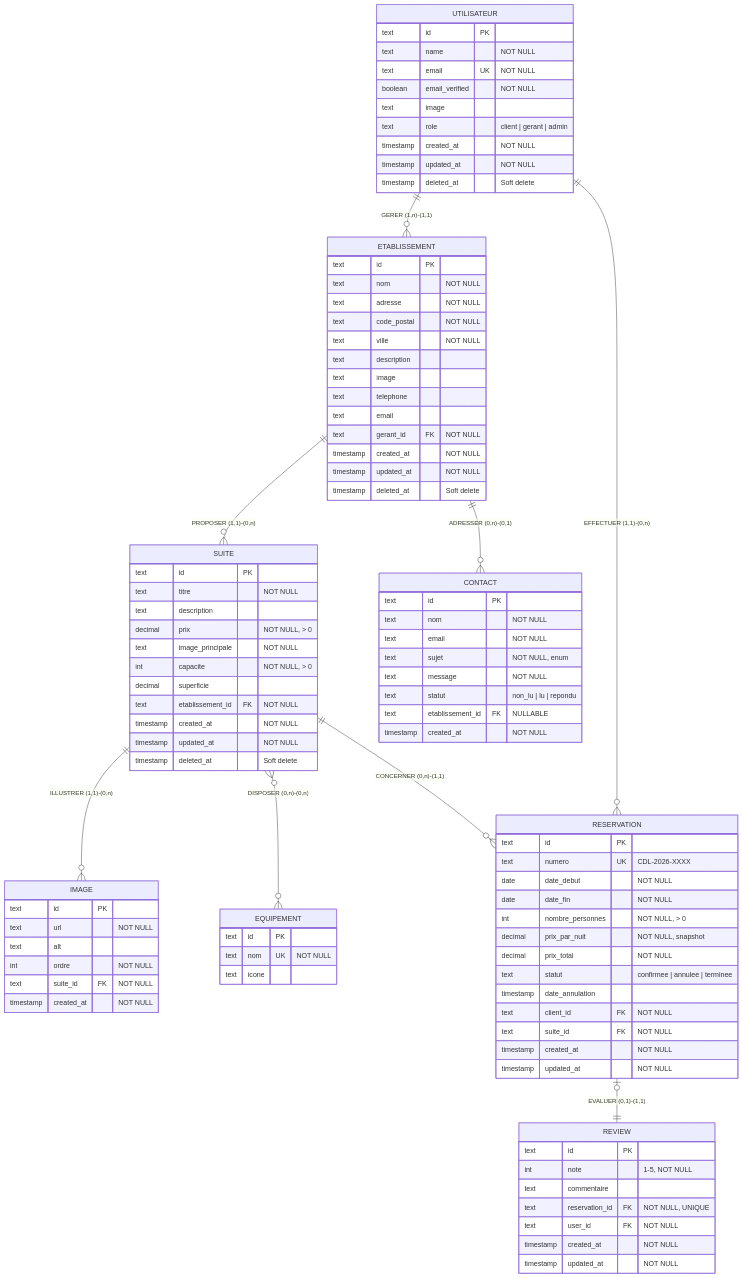
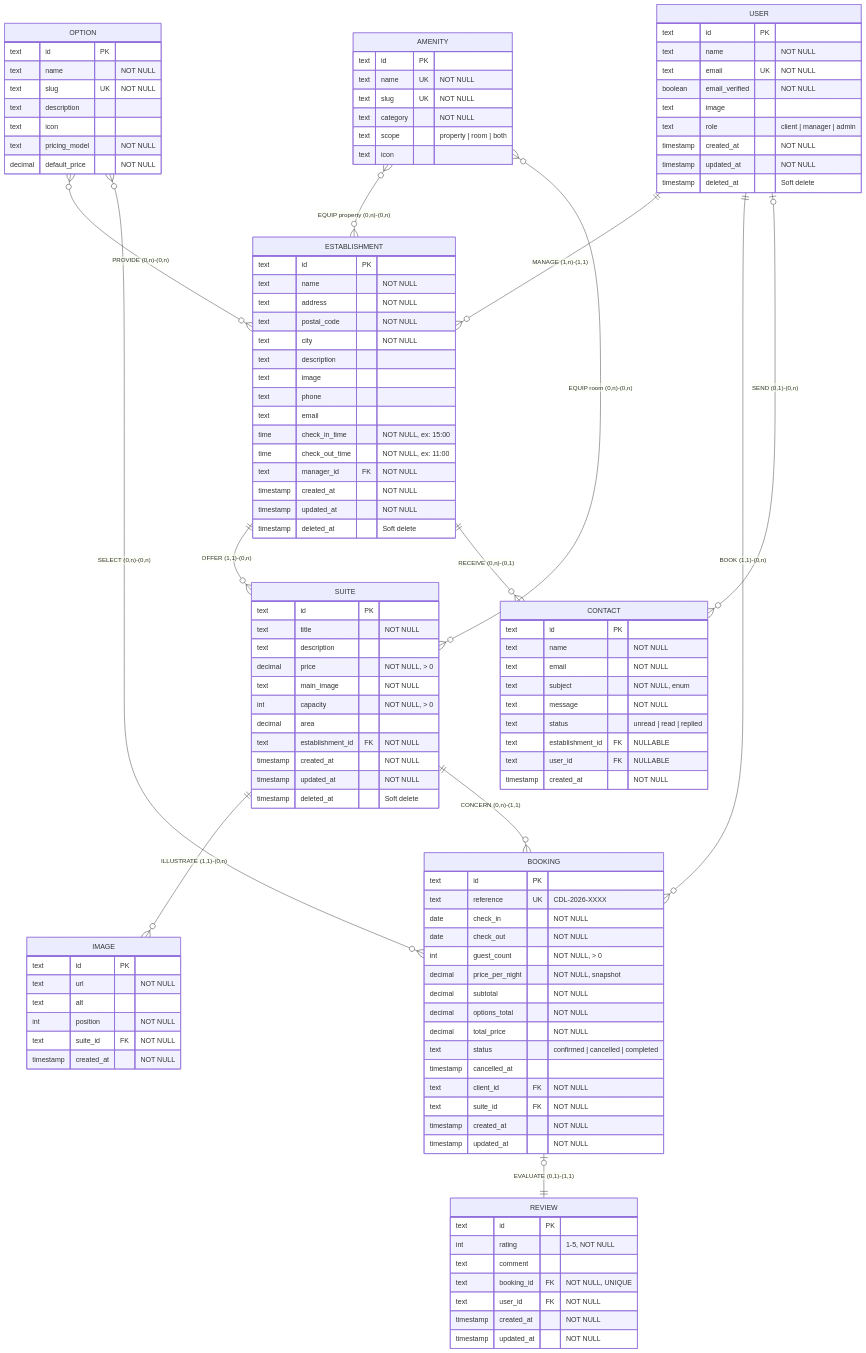
One commit to SIMPLON-DIST-CDA-260316/hotel-ab-jl-tt changed the first of 6 diagrams in docs/merise.md. Above: the diagram before and after it, drawn with Mermaid. The commit also changed other lines of this file and 1 other file, not shown here.

First line of the commit message:
docs: major MERISE update — bilingual naming, amenities, options, ADR

````diff
--- a/docs/merise.md
+++ b/docs/merise.md
@@ -124,40 +218,49 @@
 erDiagram
     %% ─── Associations principales ───
 
-    UTILISATEUR ||--o{ ETABLISSEMENT : "GERER (1,n)-(1,1)"
-    ETABLISSEMENT ||--o{ SUITE : "PROPOSER (1,1)-(0,n)"
-    SUITE ||--o{ IMAGE : "ILLUSTRER (1,1)-(0,n)"
-    SUITE }o--o{ EQUIPEMENT : "DISPOSER (0,n)-(0,n)"
-    UTILISATEUR ||--o{ RESERVATION : "EFFECTUER (1,1)-(0,n)"
-    SUITE ||--o{ RESERVATION : "CONCERNER (0,n)-(1,1)"
-    RESERVATION |o--|| REVIEW : "EVALUER (0,1)-(1,1)"
-    ETABLISSEMENT ||--o{ CONTACT : "ADRESSER (0,n)-(0,1)"
+    USER ||--o{ ESTABLISHMENT : "MANAGE (1,n)-(1,1)"
+    ESTABLISHMENT ||--o{ SUITE : "OFFER (1,1)-(0,n)"
+    SUITE ||--o{ IMAGE : "ILLUSTRATE (1,1)-(0,n)"
+
+    AMENITY }o--o{ ESTABLISHMENT : "EQUIP property (0,n)-(0,n)"
+    AMENITY }o--o{ SUITE : "EQUIP room (0,n)-(0,n)"
+
+    OPTION }o--o{ ESTABLISHMENT : "PROVIDE (0,n)-(0,n)"
+    OPTION }o--o{ BOOKING : "SELECT (0,n)-(0,n)"
+
+    USER ||--o{ BOOKING : "BOOK (1,1)-(0,n)"
+    SUITE ||--o{ BOOKING : "CONCERN (0,n)-(1,1)"
+    BOOKING |o--|| REVIEW : "EVALUATE (0,1)-(1,1)"
+    ESTABLISHMENT ||--o{ CONTACT : "RECEIVE (0,n)-(0,1)"
+    USER |o--o{ CONTACT : "SEND (0,1)-(0,n)"
 
     %% ─── Entités ───
 
-    UTILISATEUR {
+    USER {
         text id PK
         text name "NOT NULL"
         text email UK "NOT NULL"
         boolean email_verified "NOT NULL"
         text image
-        text role "client | gerant | admin"
+        text role "client | manager | admin"
         timestamp created_at "NOT NULL"
         timestamp updated_at "NOT NULL"
         timestamp deleted_at "Soft delete"
     }
 
-    ETABLISSEMENT {
+    ESTABLISHMENT {
         text id PK
-        text nom "NOT NULL"
-        text adresse "NOT NULL"
-        text code_postal "NOT NULL"
-        text ville "NOT NULL"
+        text name "NOT NULL"
+        text address "NOT NULL"
+        text postal_code "NOT NULL"
+        text city "NOT NULL"
         text description
         text image
-        text telephone
+        text phone
         text email
-        text gerant_id FK "NOT NULL"
+        time check_in_time "NOT NULL, ex: 15:00"
+        time check_out_time "NOT NULL, ex: 11:00"
+        text manager_id FK "NOT NULL"
         timestamp created_at "NOT NULL"
         timestamp updated_at "NOT NULL"
         timestamp deleted_at "Soft delete"
@@ -165,13 +268,13 @@
 
     SUITE {
         text id PK
-        text titre "NOT NULL"
+        text title "NOT NULL"
         text description
-        decimal prix "NOT NULL, > 0"
-        text image_principale "NOT NULL"
-        int capacite "NOT NULL, > 0"
-        decimal superficie
-        text etablissement_id FK "NOT NULL"
+        decimal price "NOT NULL, > 0"
+        text main_image "NOT NULL"
+        int capacity "NOT NULL, > 0"
+        decimal area
+        text establishment_id FK "NOT NULL"
         timestamp created_at "NOT NULL"
         timestamp updated_at "NOT NULL"
         timestamp deleted_at "Soft delete"
@@ -181,27 +284,42 @@
         text id PK
         text url "NOT NULL"
         text alt
-        int ordre "NOT NULL"
+        int position "NOT NULL"
         text suite_id FK "NOT NULL"
         timestamp created_at "NOT NULL"
     }
 
-    EQUIPEMENT {
+    AMENITY {
         text id PK
-        text nom UK "NOT NULL"
-        text icone
+        text name UK "NOT NULL"
+        text slug UK "NOT NULL"
+        text category "NOT NULL"
+        text scope "property | room | both"
+        text icon
     }
 
-    RESERVATION {
+    OPTION {
         text id PK
-        text numero UK "CDL-2026-XXXX"
-        date date_debut "NOT NULL"
-        date date_fin "NOT NULL"
-        int nombre_personnes "NOT NULL, > 0"
-        decimal prix_par_nuit "NOT NULL, snapshot"
-        decimal prix_total "NOT NULL"
-        text statut "confirmee | annulee | terminee"
-        timestamp date_annulation
+        text name "NOT NULL"
+        text slug UK "NOT NULL"
+        text description
+        text icon
+        text pricing_model "NOT NULL"
+        decimal default_price "NOT NULL"
+    }
+
+    BOOKING {
+        text id PK
+        text reference UK "CDL-2026-XXXX"
+        date check_in "NOT NULL"
+        date check_out "NOT NULL"
+        int guest_count "NOT NULL, > 0"
+        decimal price_per_night "NOT NULL, snapshot"
+        decimal subtotal "NOT NULL"
+        decimal options_total "NOT NULL"
+        decimal total_price "NOT NULL"
+        text status "confirmed | cancelled | completed"
+        timestamp cancelled_at
         text client_id FK "NOT NULL"
         text suite_id FK "NOT NULL"
         timestamp created_at "NOT NULL"
@@ -210,9 +328,9 @@
 
     REVIEW {
         text id PK
-        int note "1-5, NOT NULL"
-        text commentaire
-        text reservation_id FK "NOT NULL, UNIQUE"
+        int rating "1-5, NOT NULL"
+        text comment
+        text booking_id FK "NOT NULL, UNIQUE"
         text user_id FK "NOT NULL"
         timestamp created_at "NOT NULL"
         timestamp updated_at "NOT NULL"
@@ -220,12 +338,13 @@
 
     CONTACT {
         text id PK
-        text nom "NOT NULL"
+        text name "NOT NULL"
         text email "NOT NULL"
-        text sujet "NOT NULL, enum"
+        text subject "NOT NULL, enum"
         text message "NOT NULL"
-        text statut "non_lu | lu | repondu"
-        text etablissement_id FK "NULLABLE"
+        text status "unread | read | replied"
+        text establishment_id FK "NULLABLE"
+        text user_id FK "NULLABLE"
         timestamp created_at "NOT NULL"
     }
 ```
````
